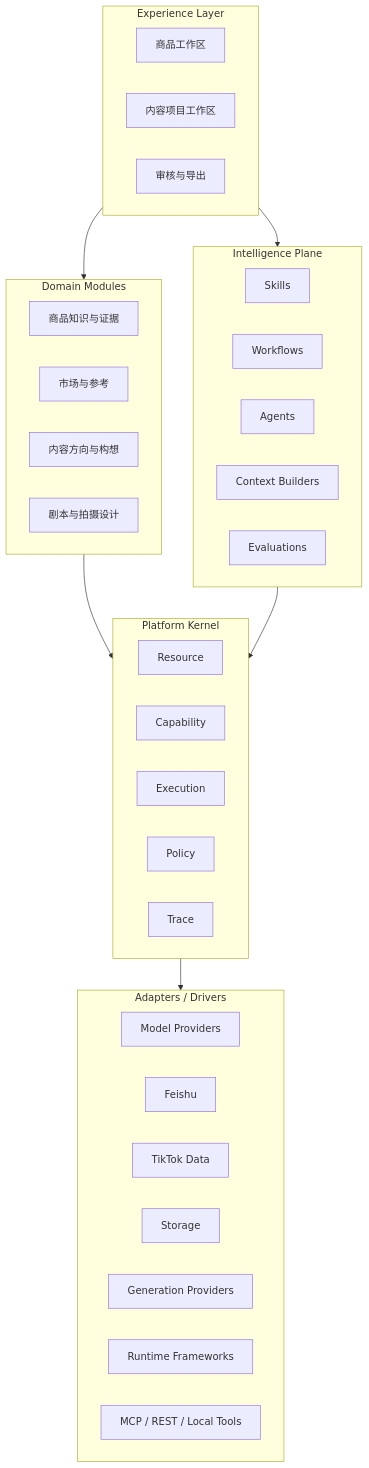
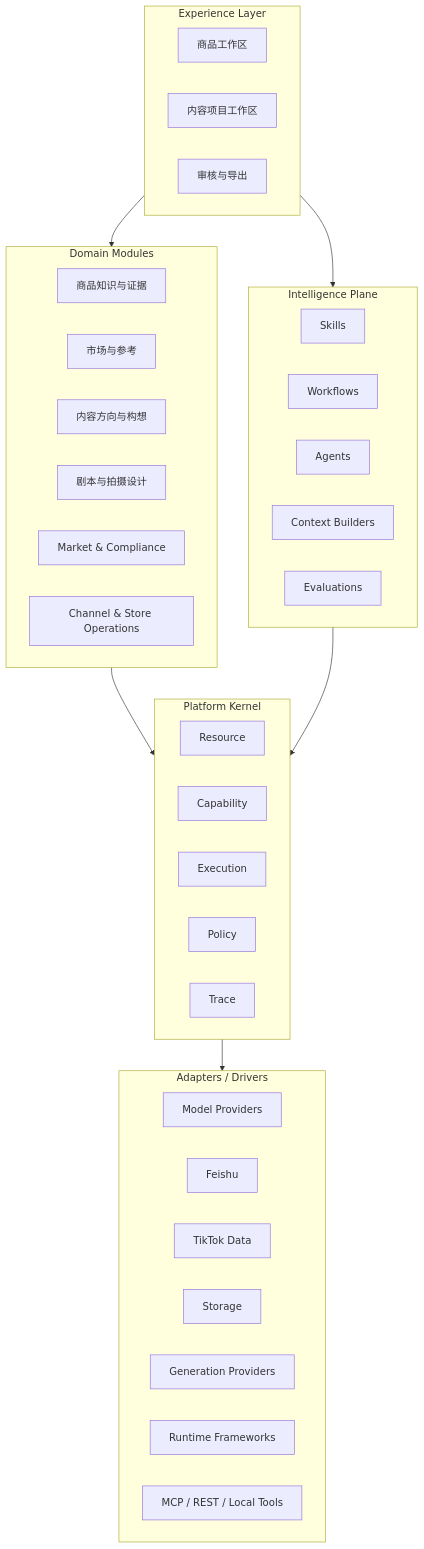
Before and after one commit to SONG-36/TK_Video_Intelligence_Workbench: the first of 4 diagrams in architecture/01_PLATFORM_ARCHITECTURE.md, drawn with Mermaid. The commit also changed other lines of this file and 9 other files, not shown here.

````diff
--- a/architecture/01_PLATFORM_ARCHITECTURE.md
+++ b/architecture/01_PLATFORM_ARCHITECTURE.md
@@ -30,47 +31,49 @@
 ```mermaid
 flowchart TB
     subgraph UX[Experience Layer]
         U1[商品工作区]
         U2[内容项目工作区]
         U3[审核与导出]
     end
 
     subgraph DOMAIN[Domain Modules]
         D1[商品知识与证据]
         D2[市场与参考]
         D3[内容方向与构想]
         D4[剧本与拍摄设计]
+        D5[Market & Compliance]
+        D6[Channel & Store Operations]
     end
 
     subgraph INTEL[Intelligence Plane]
         I1[Skills]
         I2[Workflows]
         I3[Agents]
         I4[Context Builders]
         I5[Evaluations]
     end
 
     subgraph KERNEL[Platform Kernel]
         K1[Resource]
         K2[Capability]
         K3[Execution]
         K4[Policy]
         K5[Trace]
     end
 
     subgraph ADAPTERS[Adapters / Drivers]
         A1[Model Providers]
         A2[Feishu]
         A3[TikTok Data]
         A4[Storage]
         A5[Generation Providers]
         A6[Runtime Frameworks]
         A7[MCP / REST / Local Tools]
     end
 
     UX --> DOMAIN
     UX --> INTEL
     DOMAIN --> KERNEL
     INTEL --> KERNEL
     KERNEL --> ADAPTERS
 ```
````
